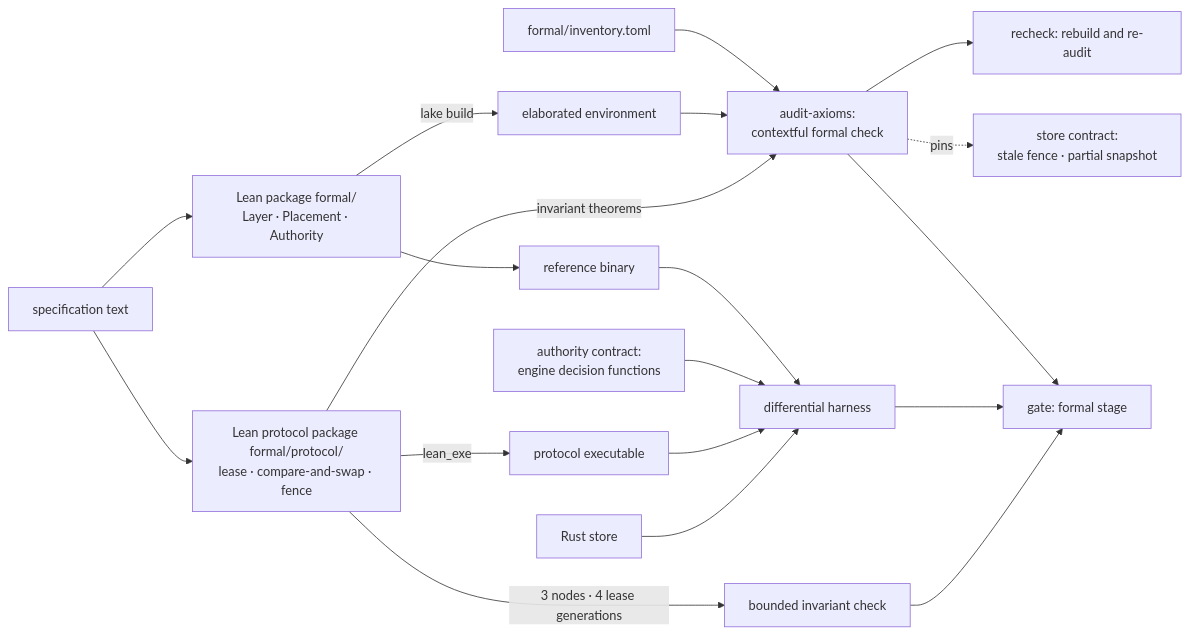
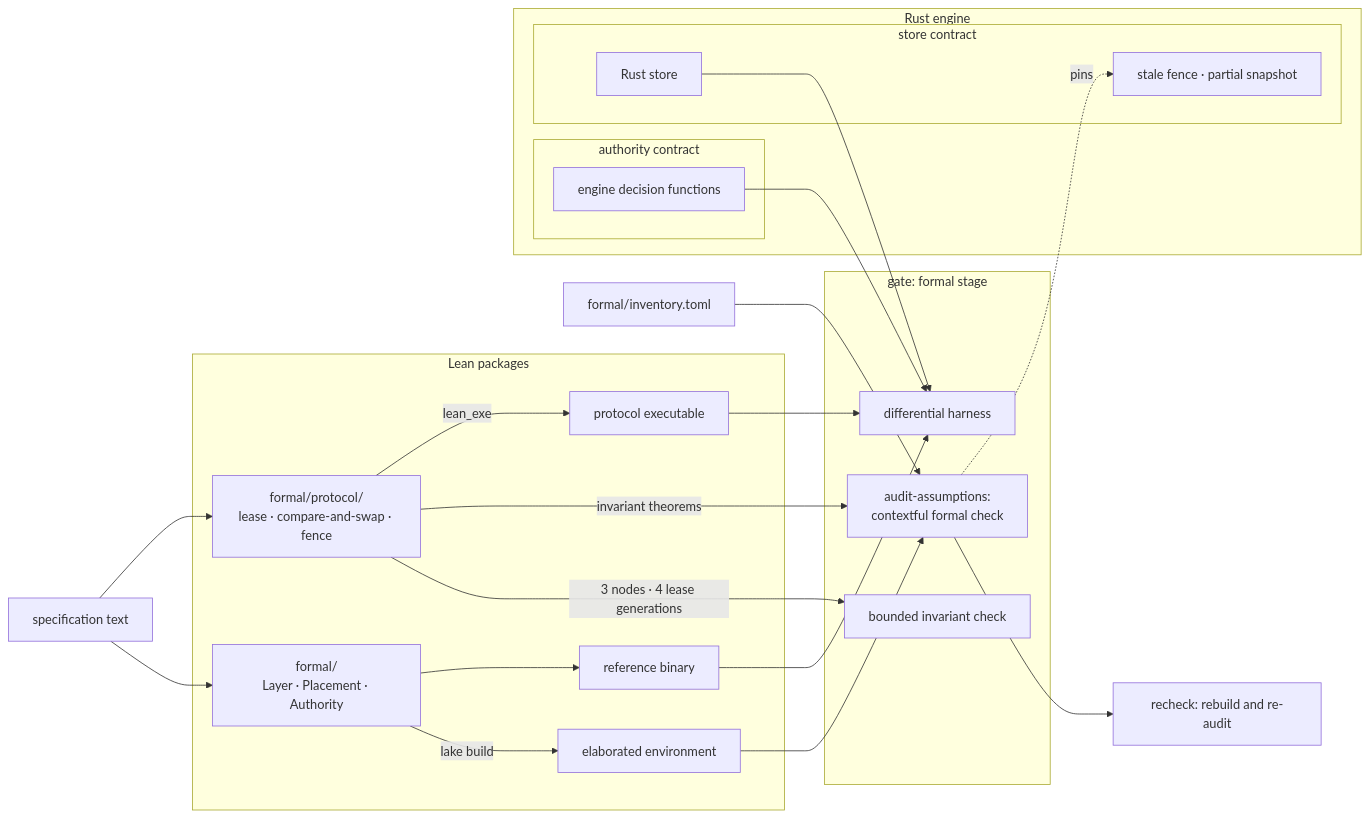
Before and after one commit to fractalboxdev/contextful: the first of 3 diagrams in spec/80-formal.md, drawn with Mermaid. The commit also changed other lines of this file and 180 other files, not shown here.

First line of the commit message:
spec: readable clauses, guides and cards; boundary diagrams; milestone 1 authority (#6)

````diff
--- a/spec/80-formal.md
+++ b/spec/80-formal.md
@@ -22,21 +22,41 @@
 ```mermaid
 flowchart LR
-  SPEC["specification text"] --> LEAN["Lean package formal/<br/>Layer · Placement · Authority"]
-  SPEC --> PROT["Lean protocol package formal/protocol/<br/>lease · compare-and-swap · fence"]
-  LEAN -- "lake build" --> ENV["elaborated environment"]
-  INV["formal/inventory.toml"] --> AUD["audit-axioms:<br/>contextful formal check"]
+  SPEC["specification text"]
+  INV["formal/inventory.toml"]
+  subgraph lean["Lean packages"]
+    LEAN["formal/<br/>Layer · Placement · Authority"]
+    PROT["formal/protocol/<br/>lease · compare-and-swap · fence"]
+    ENV["elaborated environment"]
+    REF["reference binary"]
+    PEXE["protocol executable"]
+  end
+  subgraph engine["Rust engine"]
+    subgraph authority["authority contract"]
+      ENG["engine decision functions"]
+    end
+    subgraph store["store contract"]
+      RUST["Rust store"]
+      PIN["stale fence · partial snapshot"]
+    end
+  end
+  subgraph gate["gate: formal stage"]
+    AUD["audit-assumptions:<br/>contextful formal check"]
+    DIFF["differential harness"]
+    MC["bounded invariant check"]
+  end
+  SPEC --> LEAN
+  SPEC --> PROT
+  LEAN -- "lake build" --> ENV
+  INV --> AUD
   ENV --> AUD
   AUD --> REC["recheck: rebuild and re-audit"]
-  LEAN --> REF["reference binary"]
-  REF --> DIFF["differential harness"]
-  ENG["authority contract:<br/>engine decision functions"] --> DIFF
-  PROT -- "3 nodes · 4 lease generations" --> MC["bounded invariant check"]
+  LEAN --> REF
+  REF --> DIFF
+  ENG --> DIFF
+  PROT -- "3 nodes · 4 lease generations" --> MC
   PROT -- "invariant theorems" --> AUD
-  PROT -- "lean_exe" --> PEXE["protocol executable"]
+  PROT -- "lean_exe" --> PEXE
   PEXE --> DIFF
-  RUST["Rust store"] --> DIFF
-  AUD -. "pins" .-> STORE["store contract:<br/>stale fence · partial snapshot"]
-  AUD --> GATE["gate: formal stage"]
-  DIFF --> GATE
-  MC --> GATE
+  RUST --> DIFF
+  AUD -. "pins" .-> PIN
 ```
````
